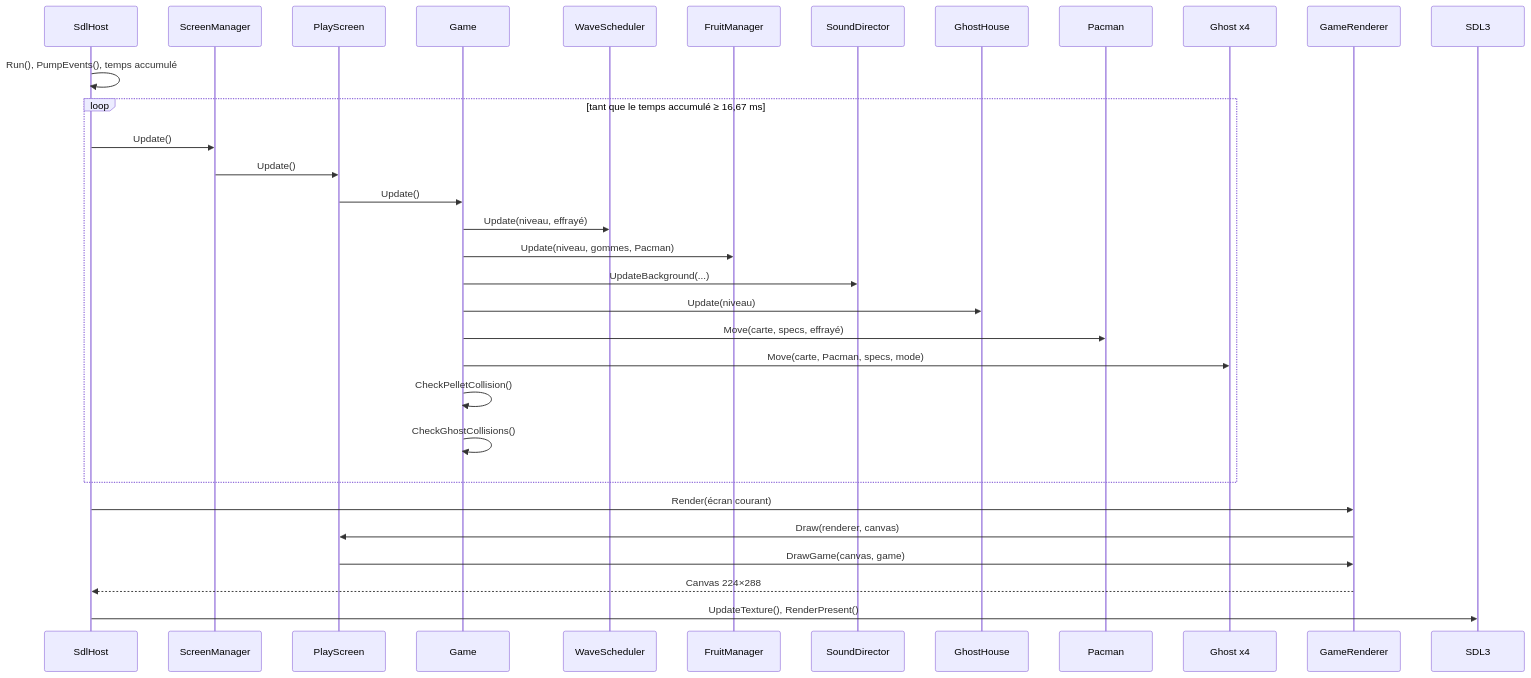
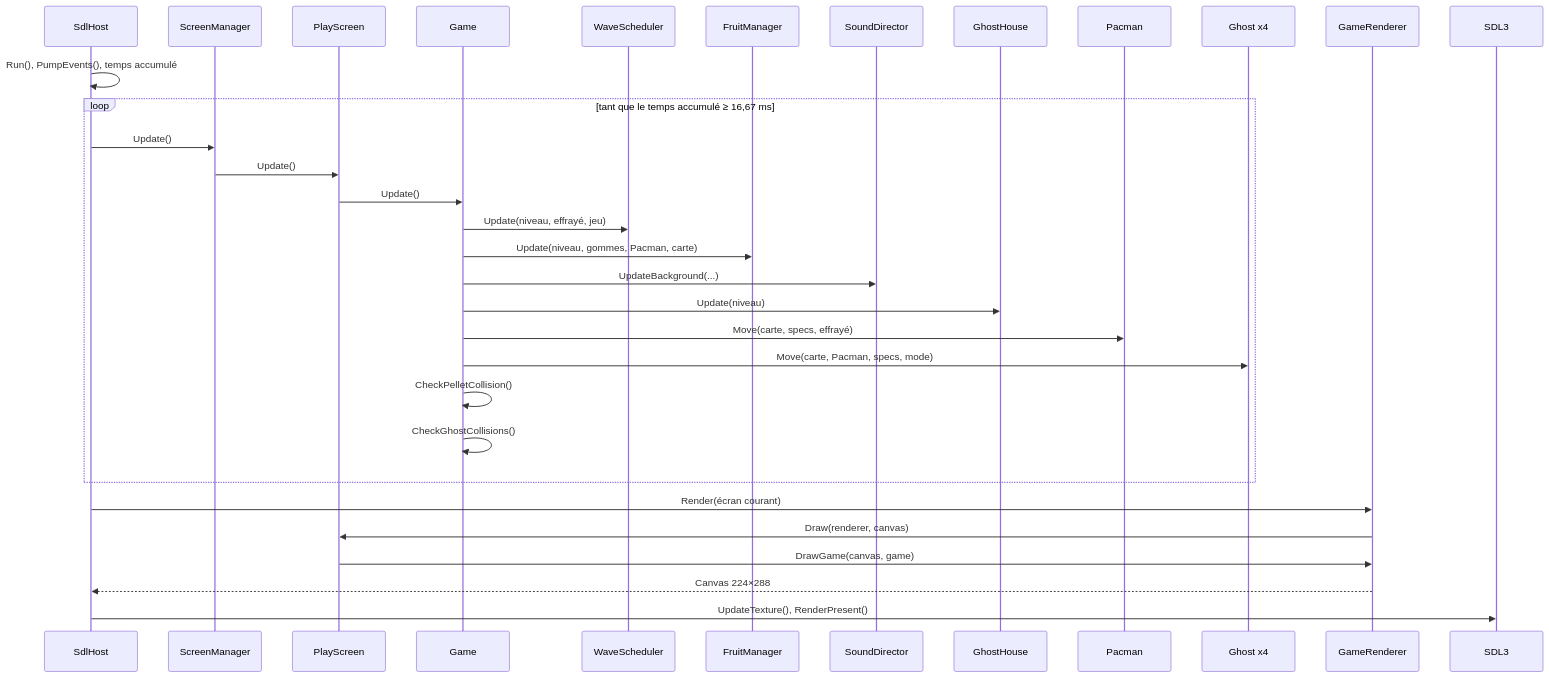
The ninth of 31 diagrams in docs/Pacman_UML_et_etats.md (Telev78/pacman), drawn with Mermaid before and after one commit. The commit also changed other lines of this file and 173 other files, not shown here.

````diff
--- a/docs/Pacman_UML_et_etats.md
+++ b/docs/Pacman_UML_et_etats.md
@@ -757,34 +988,34 @@
 ```mermaid
 sequenceDiagram
   participant H as SdlHost
   participant S as ScreenManager
   participant P as PlayScreen
   participant G as Game
   participant W as WaveScheduler
   participant F as FruitManager
   participant D as SoundDirector
   participant GH as GhostHouse
   participant PM as Pacman
   participant GS as Ghost x4
   participant R as GameRenderer
   participant X as SDL3
   H->>H: Run(), PumpEvents(), temps accumulé
   loop tant que le temps accumulé ≥ 16,67 ms
     H->>S: Update()
     S->>P: Update()
     P->>G: Update()
-    G->>W: Update(niveau, effrayé)
-    G->>F: Update(niveau, gommes, Pacman)
+    G->>W: Update(niveau, effrayé, jeu)
+    G->>F: Update(niveau, gommes, Pacman, carte)
     G->>D: UpdateBackground(...)
     G->>GH: Update(niveau)
     G->>PM: Move(carte, specs, effrayé)
     G->>GS: Move(carte, Pacman, specs, mode)
     G->>G: CheckPelletCollision()
     G->>G: CheckGhostCollisions()
   end
   H->>R: Render(écran courant)
   R->>P: Draw(renderer, canvas)
   P->>R: DrawGame(canvas, game)
   R-->>H: Canvas 224×288
   H->>X: UpdateTexture(), RenderPresent()
 ```
````
